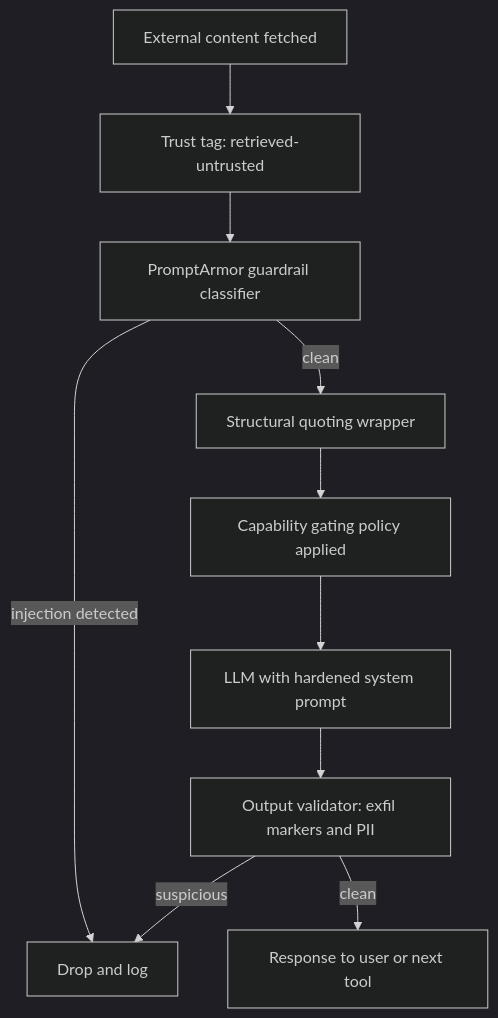
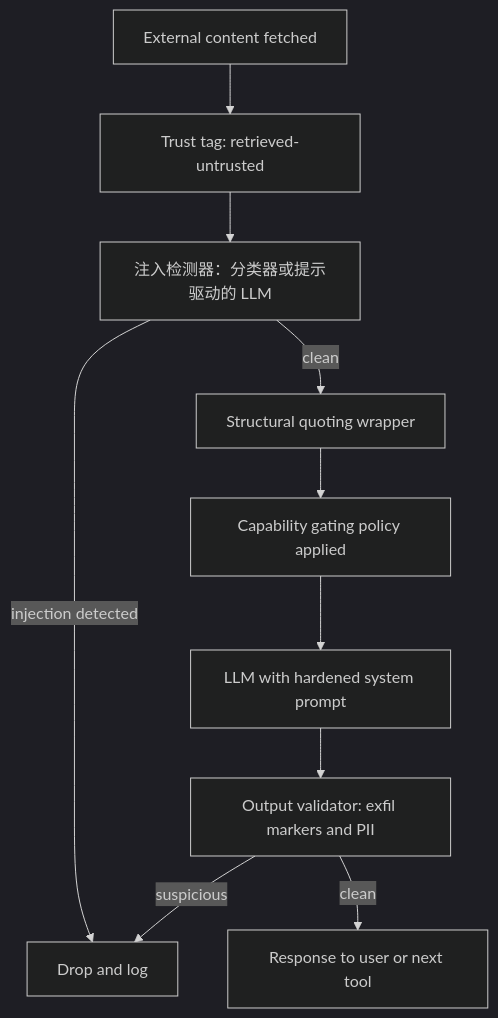
The second of 2 diagrams in 12-security-and-access/01-llm-security.md (ChiHoc/ai-system-design-guide-zh), drawn with Mermaid (dark theme) before and after one commit. The commit also changed other lines of this file and 149 other files, not shown here.

````diff
--- a/12-security-and-access/01-llm-security.md
+++ b/12-security-and-access/01-llm-security.md
@@ -677,12 +741,12 @@
 ```mermaid
 flowchart TD
     A[External content fetched] --> B[Trust tag: retrieved-untrusted]
-    B --> C[PromptArmor guardrail classifier]
+    B --> C[注入检测器：分类器或提示驱动的 LLM]
     C -->|injection detected| X[Drop and log]
     C -->|clean| D[Structural quoting wrapper]
     D --> E[Capability gating policy applied]
     E --> F[LLM with hardened system prompt]
     F --> G[Output validator: exfil markers and PII]
     G -->|clean| H[Response to user or next tool]
     G -->|suspicious| X
 ```
````
